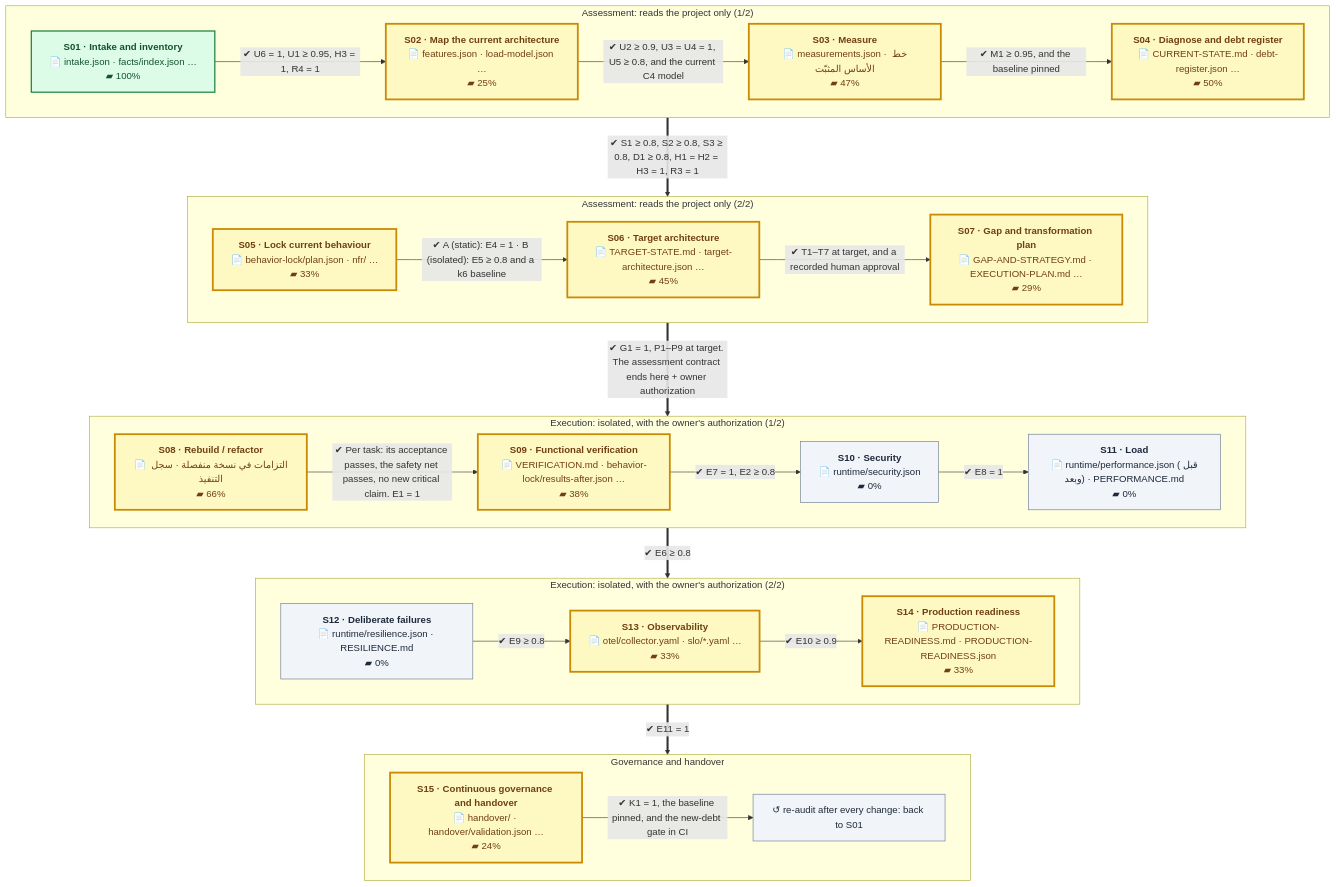
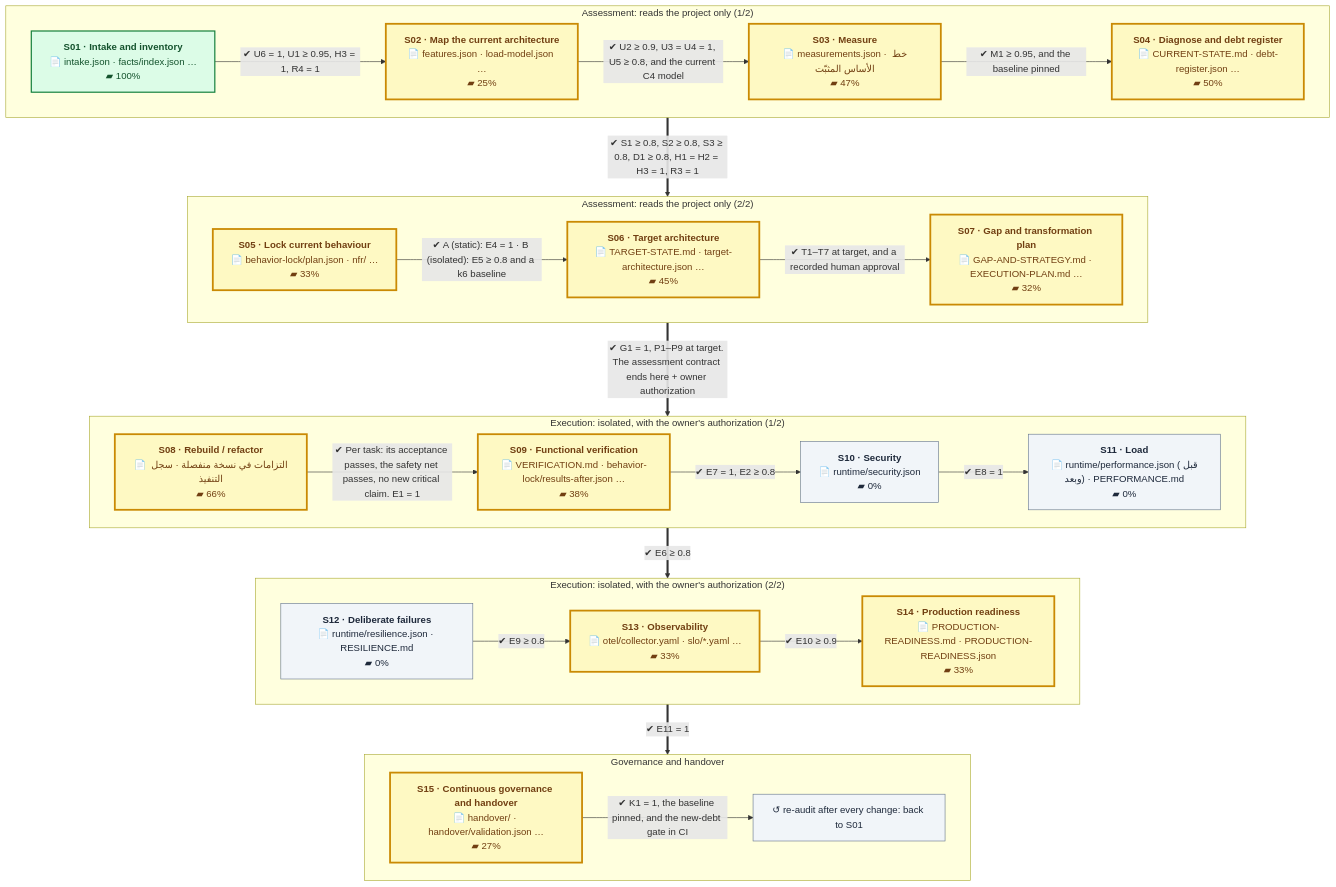
Before and after one commit to eom1417/engineering-audit-os: the first of 2 diagrams in README.en.md, drawn with Mermaid. The commit also changed other lines of this file and 5 other files, not shown here.

````diff
--- a/README.en.md
+++ b/README.en.md
@@ -52,54 +52,54 @@
 ```mermaid
 %%{init: {'flowchart': {'wrappingWidth': 260, 'nodeSpacing': 40, 'rankSpacing': 60}}}%%
 flowchart TB
     subgraph P1["Assessment: reads the project only (1/2)"]
         direction LR
         S01["<b>S01 · Intake and inventory</b><br/>📄 intake.json · facts/index.json …<br/>▰ 100%"]:::done
         S02["<b>S02 · Map the current architecture</b><br/>📄 features.json · load-model.json …<br/>▰ 25%"]:::current
         S03["<b>S03 · Measure</b><br/>📄 measurements.json · خط الأساس المثبّت<br/>▰ 47%"]:::current
         S04["<b>S04 · Diagnose and debt register</b><br/>📄 CURRENT-STATE.md · debt-register.json …<br/>▰ 50%"]:::current
         S01 -->|"✔ U6 = 1, U1 ≥ 0.95, H3 = 1, R4 = 1"| S02
         S02 -->|"✔ U2 ≥ 0.9, U3 = U4 = 1, U5 ≥ 0.8, and the current C4 model"| S03
         S03 -->|"✔ M1 ≥ 0.95, and the baseline pinned"| S04
     end
     subgraph P2["Assessment: reads the project only (2/2)"]
         direction LR
         S05["<b>S05 · Lock current behaviour</b><br/>📄 behavior-lock/plan.json · nfr/ …<br/>▰ 33%"]:::current
         S06["<b>S06 · Target architecture</b><br/>📄 TARGET-STATE.md · target-architecture.json …<br/>▰ 45%"]:::current
-        S07["<b>S07 · Gap and transformation plan</b><br/>📄 GAP-AND-STRATEGY.md · EXECUTION-PLAN.md …<br/>▰ 29%"]:::current
+        S07["<b>S07 · Gap and transformation plan</b><br/>📄 GAP-AND-STRATEGY.md · EXECUTION-PLAN.md …<br/>▰ 32%"]:::current
         S05 -->|"✔ A (static): E4 = 1 · B (isolated): E5 ≥ 0.8 and a k6 baseline"| S06
         S06 -->|"✔ T1–T7 at target, and a recorded human approval"| S07
     end
     subgraph P3["Execution: isolated, with the owner's authorization (1/2)"]
         direction LR
         S08["<b>S08 · Rebuild / refactor</b><br/>📄 التزامات في نسخة منفصلة · سجل التنفيذ<br/>▰ 66%"]:::current
         S09["<b>S09 · Functional verification</b><br/>📄 VERIFICATION.md · behavior-lock/results-after.json …<br/>▰ 38%"]:::current
         S10["<b>S10 · Security</b><br/>📄 runtime/security.json<br/>▰ 0%"]:::next
         S11["<b>S11 · Load</b><br/>📄 runtime/performance.json (قبل وبعد) · PERFORMANCE.md<br/>▰ 0%"]:::next
         S08 -->|"✔ Per task: its acceptance passes, the safety net passes, no new critical claim. E1 = 1"| S09
         S09 -->|"✔ E7 = 1, E2 ≥ 0.8"| S10
         S10 -->|"✔ E8 = 1"| S11
     end
     subgraph P4["Execution: isolated, with the owner's authorization (2/2)"]
         direction LR
         S12["<b>S12 · Deliberate failures</b><br/>📄 runtime/resilience.json · RESILIENCE.md<br/>▰ 0%"]:::next
         S13["<b>S13 · Observability</b><br/>📄 otel/collector.yaml · slo/*.yaml …<br/>▰ 33%"]:::current
         S14["<b>S14 · Production readiness</b><br/>📄 PRODUCTION-READINESS.md · PRODUCTION-READINESS.json<br/>▰ 33%"]:::current
         S12 -->|"✔ E9 ≥ 0.8"| S13
         S13 -->|"✔ E10 ≥ 0.9"| S14
     end
     subgraph P5["Governance and handover"]
         direction LR
-        S15["<b>S15 · Continuous governance and handover</b><br/>📄 handover/ · handover/validation.json …<br/>▰ 24%"]:::current
+        S15["<b>S15 · Continuous governance and handover</b><br/>📄 handover/ · handover/validation.json …<br/>▰ 27%"]:::current
         LOOP["↺ re-audit after every change: back to S01"]:::next
         S15 -->|"✔ K1 = 1, the baseline pinned, and the new-debt gate in CI"| LOOP
     end
     P1 ==>|"✔ S1 ≥ 0.8, S2 ≥ 0.8, S3 ≥ 0.8, D1 ≥ 0.8, H1 = H2 = H3 = 1, R3 = 1"| P2
     P2 ==>|"✔ G1 = 1, P1–P9 at target. The assessment contract ends here + owner authorization"| P3
     P3 ==>|"✔ E6 ≥ 0.8"| P4
     P4 ==>|"✔ E11 = 1"| P5
     classDef done fill:#dcfce7,stroke:#15803d,color:#14532d,stroke-width:2px
     classDef current fill:#fef9c3,stroke:#ca8a04,color:#713f12,stroke-width:3px
     classDef next fill:#f1f5f9,stroke:#64748b,color:#1e293b
     classDef owner fill:#fee2e2,stroke:#b91c1c,color:#7f1d1d,stroke-dasharray:5 3
 ```
````
